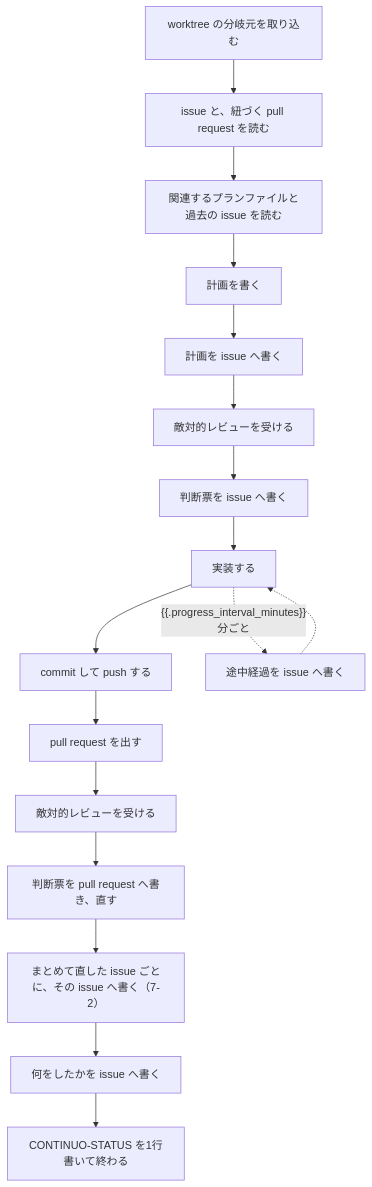
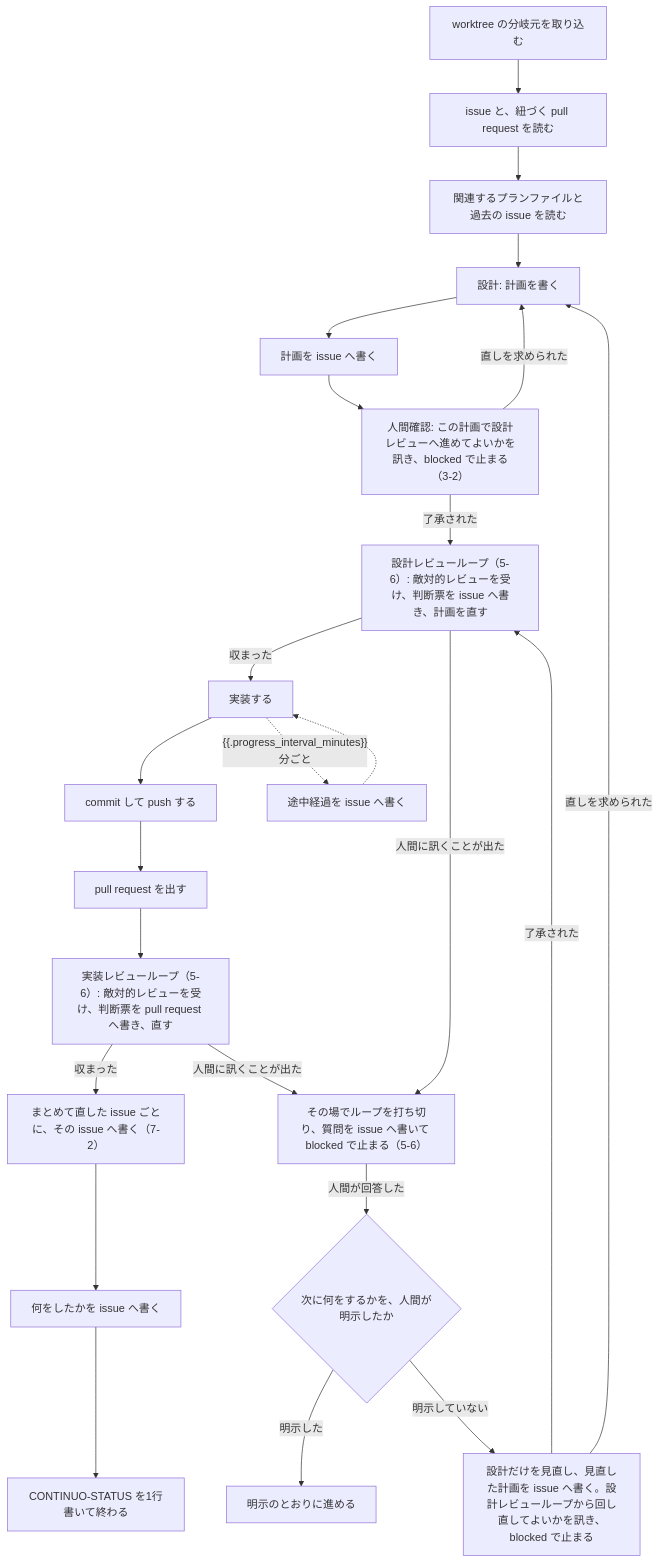
Before and after one commit to maimuzo/continuo: the first of 2 diagrams in internal/prompt/builtin.md, drawn with Mermaid. The commit also changed other lines of this file and 5 other files, not shown here.

````diff
--- a/internal/prompt/builtin.md
+++ b/internal/prompt/builtin.md
@@ -19,19 +19,26 @@
 ```mermaid
 flowchart TD
     Z["worktree の分岐元を取り込む"] --> A["issue と、紐づく pull request を読む"]
     A --> B["関連するプランファイルと過去の issue を読む"]
-    B --> C["計画を書く"]
+    B --> C["設計: 計画を書く"]
     C --> C2["計画を issue へ書く"]
-    C2 --> D["敵対的レビューを受ける"]
-    D --> E["判断票を issue へ書く"]
-    E --> F["実装する"]
+    C2 --> HC["人間確認: この計画で設計レビューへ進めてよいかを訊き、blocked で止まる（3-2）"]
+    HC -- "直しを求められた" --> C
+    HC -- "了承された" --> D["設計レビューループ（5-6）: 敵対的レビューを受け、判断票を issue へ書き、計画を直す"]
+    D -- "収まった" --> F["実装する"]
     F --> G["commit して push する"]
     G --> H["pull request を出す"]
-    H --> I["敵対的レビューを受ける"]
-    I --> J["判断票を pull request へ書き、直す"]
-    J --> J2["まとめて直した issue ごとに、その issue へ書く（7-2）"]
+    H --> I["実装レビューループ（5-6）: 敵対的レビューを受け、判断票を pull request へ書き、直す"]
+    I -- "収まった" --> J2["まとめて直した issue ごとに、その issue へ書く（7-2）"]
     J2 --> K["何をしたかを issue へ書く"]
     K --> L["CONTINUO-STATUS を1行書いて終わる"]
+    D -- "人間に訊くことが出た" --> Q["その場でループを打ち切り、質問を issue へ書いて blocked で止まる（5-6）"]
+    I -- "人間に訊くことが出た" --> Q
+    Q -- "人間が回答した" --> R{"次に何をするかを、人間が明示したか"}
+    R -- "明示した" --> R1["明示のとおりに進める"]
+    R -- "明示していない" --> R2["設計だけを見直し、見直した計画を issue へ書く。設計レビューループから回し直してよいかを訊き、blocked で止まる"]
+    R2 -- "了承された" --> D
+    R2 -- "直しを求められた" --> C
     F -. "{{.progress_interval_minutes}}分ごと" .-> M["途中経過を issue へ書く"]
     M -.-> F
 ```
````
